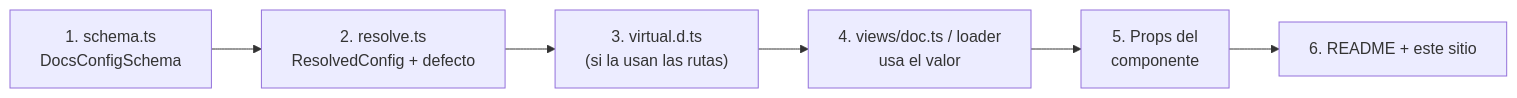
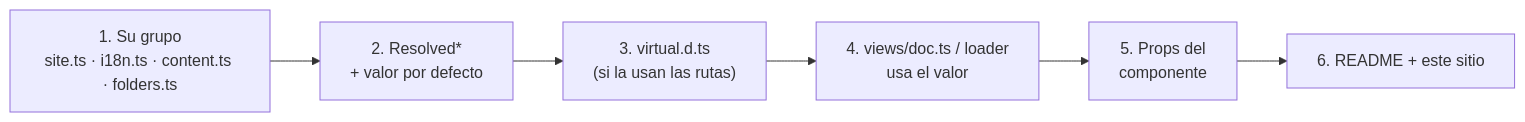
Before and after one commit to velezanthony/design: the diagram in docs/src/content/docs/desarrollo/recetas.md, drawn with Mermaid. The commit also changed other lines of this file and 16 other files, not shown here.

````diff
--- a/docs/src/content/docs/desarrollo/recetas.md
+++ b/docs/src/content/docs/desarrollo/recetas.md
@@ -49,8 +49,8 @@
 ```mermaid
 flowchart LR
-  s["1. schema.ts<br/>DocsConfigSchema"] --> r["2. resolve.ts<br/>ResolvedConfig + defecto"]
+  g["1. Su grupo<br/>site.ts · i18n.ts · content.ts · folders.ts"] --> r["2. Resolved*<br/>+ valor por defecto"]
   r --> v["3. virtual.d.ts<br/>(si la usan las rutas)"]
   v --> dv["4. views/doc.ts / loader<br/>usa el valor"]
   dv --> ui["5. Props del<br/>componente"]
   ui --> doc["6. README + este sitio"]
 ```
````
